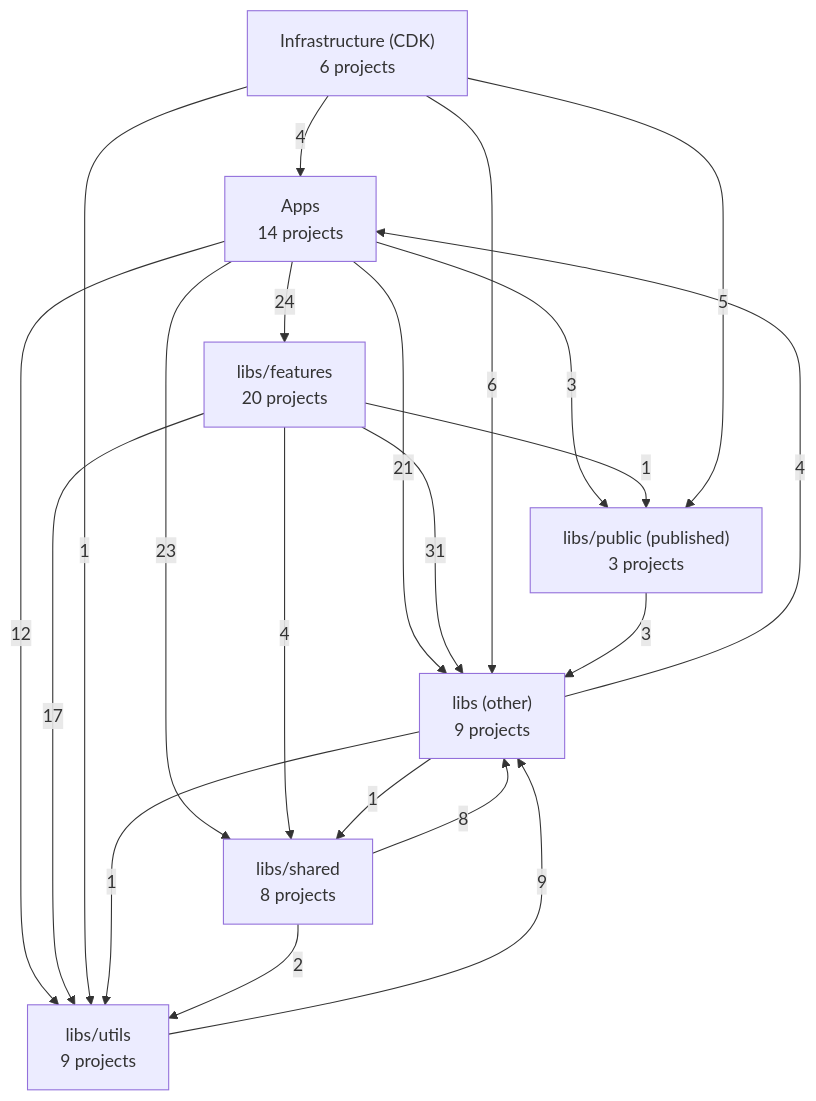
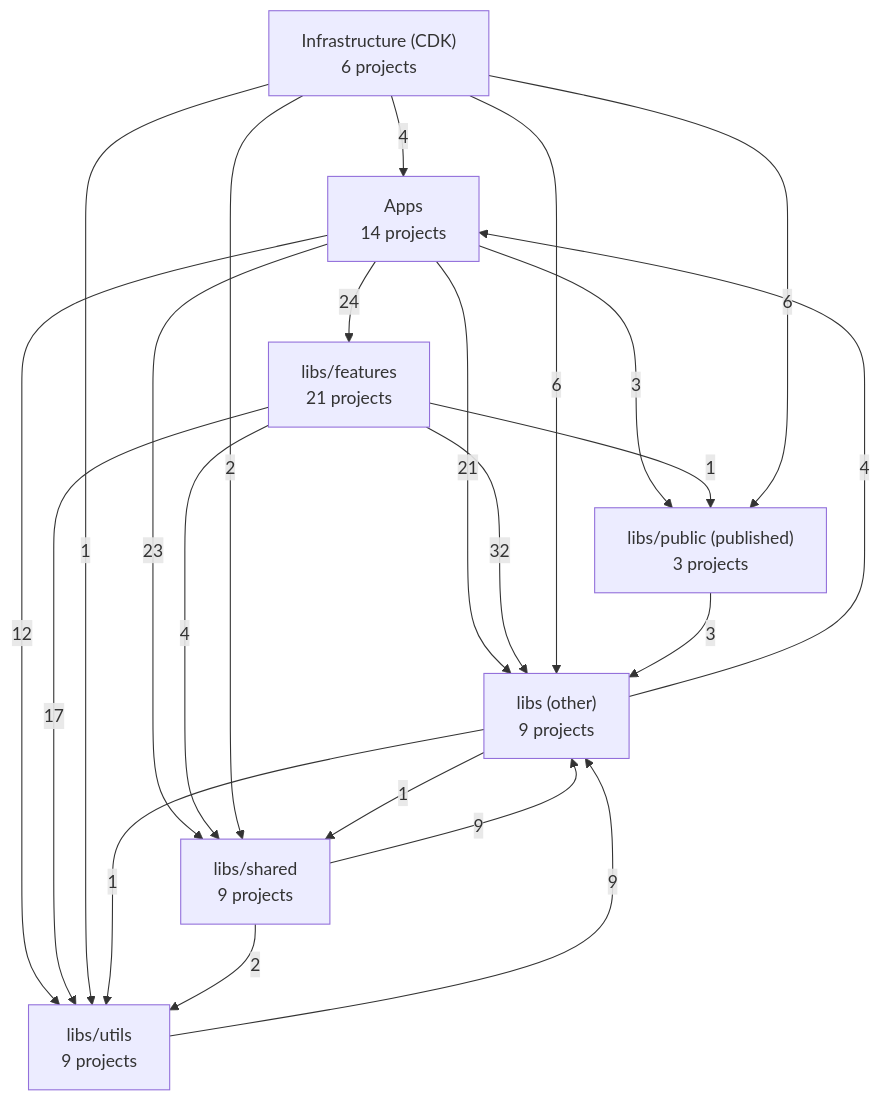
Before and after one commit to WolfSoko/wol-sok-mono: the first of 4 diagrams in docs/architecture/README.md, drawn with Mermaid. The commit also changed other lines of this file and 3 other files, not shown here.

````diff
--- a/docs/architecture/README.md
+++ b/docs/architecture/README.md
@@ -26,30 +26,31 @@
 ```mermaid
 flowchart TD
   infra["Infrastructure (CDK)<br/>6 projects"]
   apps["Apps<br/>14 projects"]
   public["libs/public (published)<br/>3 projects"]
-  features["libs/features<br/>20 projects"]
-  shared["libs/shared<br/>8 projects"]
+  features["libs/features<br/>21 projects"]
+  shared["libs/shared<br/>9 projects"]
   utils["libs/utils<br/>9 projects"]
   other["libs (other)<br/>9 projects"]
   apps -- 24 --> features
   apps -- 21 --> other
   apps -- 3 --> public
   apps -- 23 --> shared
   apps -- 12 --> utils
-  features -- 31 --> other
+  features -- 32 --> other
   features -- 1 --> public
   features -- 4 --> shared
   features -- 17 --> utils
   infra -- 4 --> apps
   infra -- 6 --> other
-  infra -- 5 --> public
+  infra -- 6 --> public
+  infra -- 2 --> shared
   infra -- 1 --> utils
   other -- 4 --> apps
   other -- 1 --> shared
   other -- 1 --> utils
   public -- 3 --> other
-  shared -- 8 --> other
+  shared -- 9 --> other
   shared -- 2 --> utils
   utils -- 9 --> other
 ```
````
